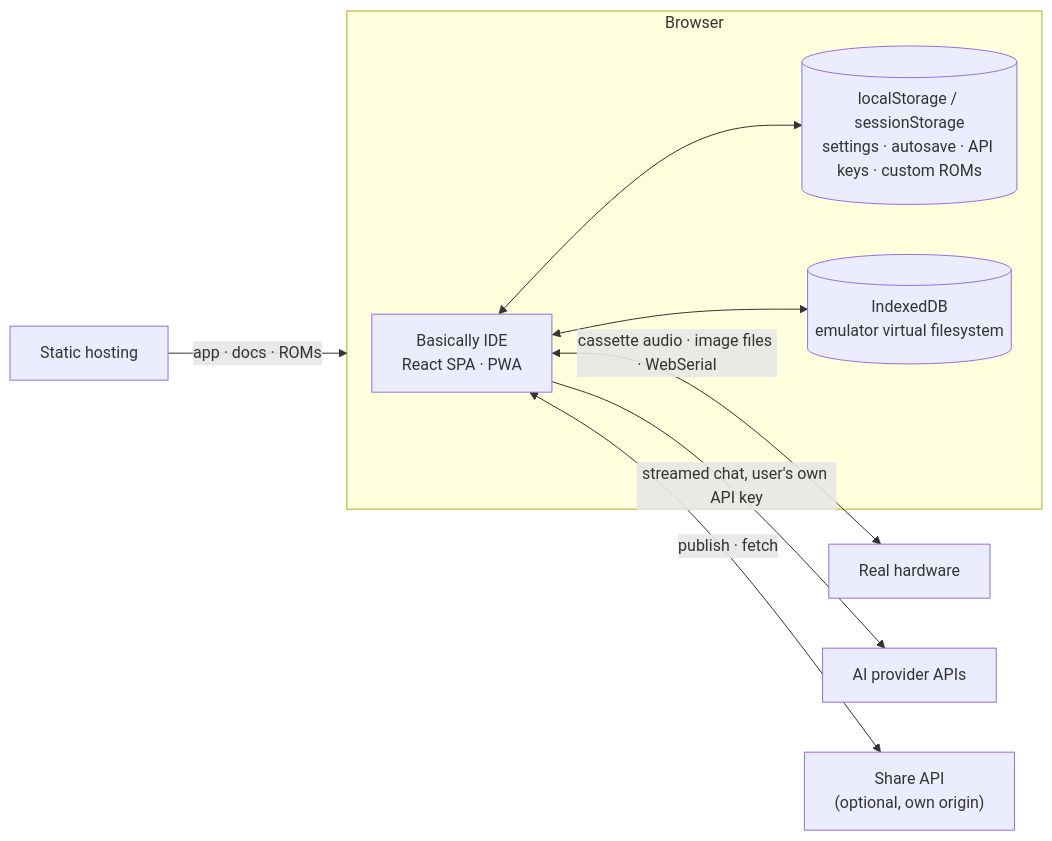
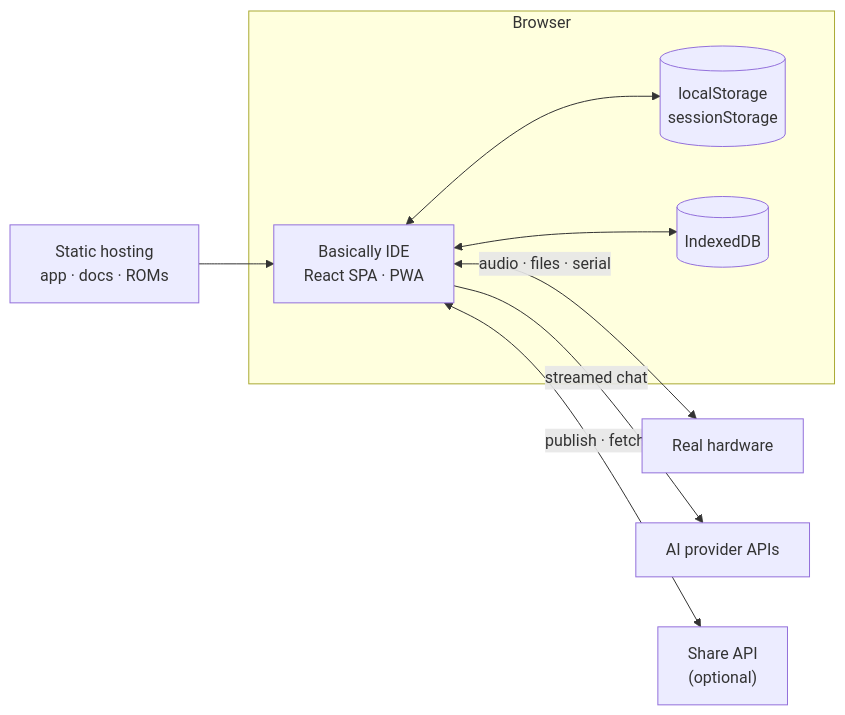
The first of 12 diagrams in docs/contributing/architecture.md (seanhodges/basically), drawn with Mermaid before and after one commit. The commit also changed other lines of this file and 7 other files, not shown here.

````diff
--- a/docs/contributing/architecture.md
+++ b/docs/contributing/architecture.md
@@ -21,15 +21,15 @@
 ```mermaid
 flowchart LR
   subgraph browser ["Browser"]
     ide["Basically IDE<br/>React SPA · PWA"]
-    ls[("localStorage / sessionStorage<br/>settings · autosave · API keys · custom ROMs")]
-    idb[("IndexedDB<br/>emulator virtual filesystem")]
+    ls[("localStorage<br/>sessionStorage")]
+    idb[("IndexedDB")]
     ide <--> ls
     ide <--> idb
   end
 
-  host["Static hosting"] -->|"app · docs · ROMs"| browser
-  ide <-->|"cassette audio · image files · WebSerial"| hw["Real hardware"]
-  ide -->|"streamed chat, user's own API key"| ai["AI provider APIs"]
-  ide <-->|"publish · fetch"| share["Share API<br/>(optional, own origin)"]
+  host["Static hosting<br/>app · docs · ROMs"] --> ide
+  ide <-->|"audio · files · serial"| hw["Real hardware"]
+  ide -->|"streamed chat"| ai["AI provider APIs"]
+  ide <-->|"publish · fetch"| share["Share API<br/>(optional)"]
 ```
````
